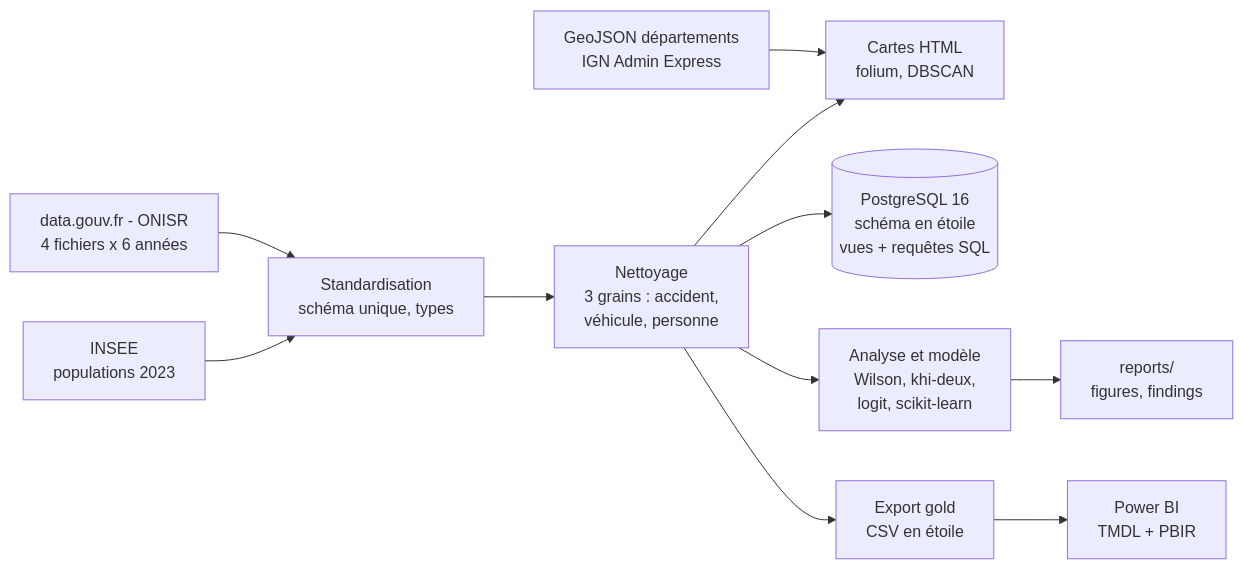
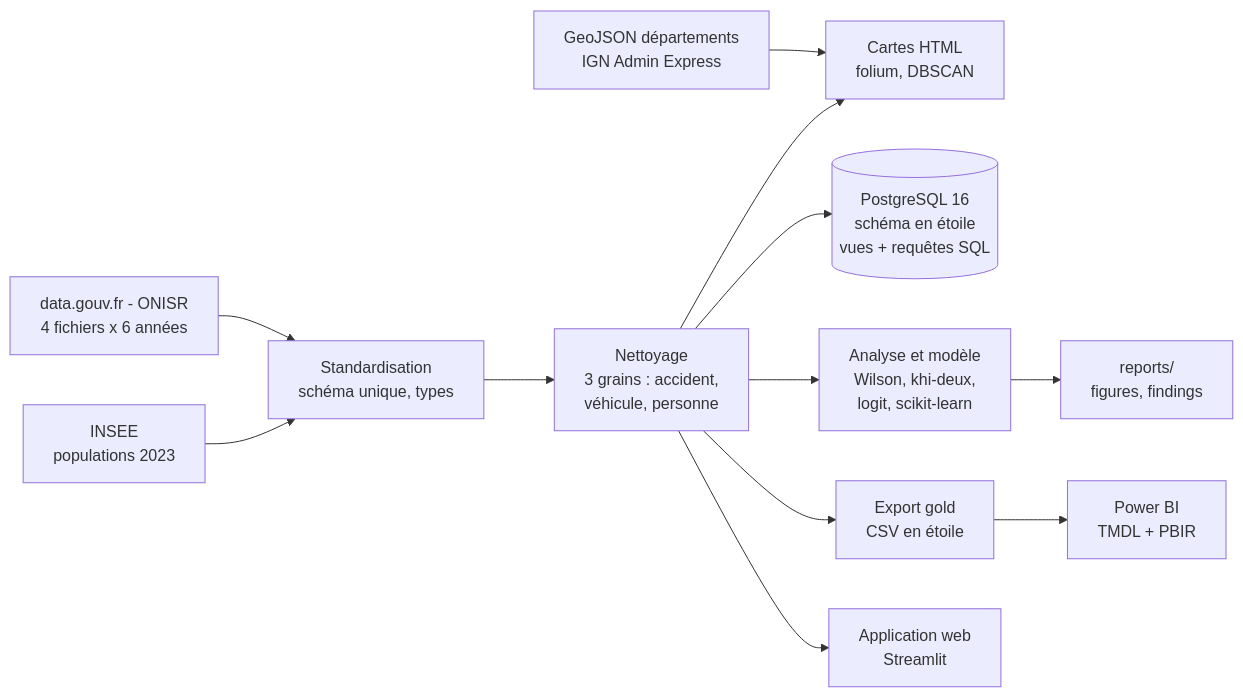
The diagram in README.md (Oussama-essalehi/CrashMap-France), drawn with Mermaid before and after one commit. The commit also changed other lines of this file and 4 other files, not shown here.

````diff
--- a/README.md
+++ b/README.md
@@ -114,13 +128,14 @@
 ```mermaid
 flowchart LR
     A["data.gouv.fr - ONISR<br/>4 fichiers x 6 années"] --> C
     B["INSEE<br/>populations 2023"] --> C
     G["GeoJSON départements<br/>IGN Admin Express"] --> M
     C["Standardisation<br/>schéma unique, types"] --> D["Nettoyage<br/>3 grains : accident,<br/>véhicule, personne"]
     D --> E[("PostgreSQL 16<br/>schéma en étoile<br/>vues + requêtes SQL")]
     D --> F["Analyse et modèle<br/>Wilson, khi-deux,<br/>logit, scikit-learn"]
     D --> M["Cartes HTML<br/>folium, DBSCAN"]
     D --> H["Export gold<br/>CSV en étoile"]
     H --> P["Power BI<br/>TMDL + PBIR"]
+    D --> W["Application web<br/>Streamlit"]
     F --> R["reports/<br/>figures, findings"]
 ```
````
